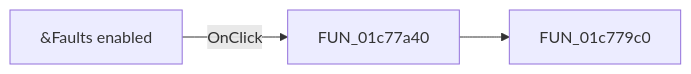
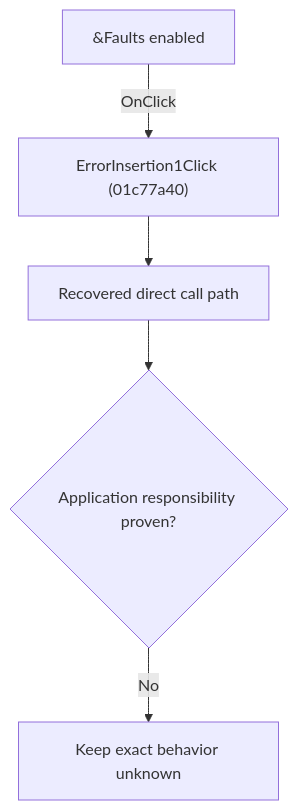
Before and after one commit to MovGP0/TIARA: the diagram in docs/ui-controls/schematiceditor/errorinsertion1-6670ae18d5.md, drawn with Mermaid. The commit also changed other lines of this file and 1062 other files, not shown here.

````diff
--- a/docs/ui-controls/schematiceditor/errorinsertion1-6670ae18d5.md
+++ b/docs/ui-controls/schematiceditor/errorinsertion1-6670ae18d5.md
@@ -27,5 +27,7 @@
 ```mermaid
-flowchart LR
-    control["&Faults enabled"] -->|OnClick| handler["FUN_01c77a40"]
-    handler --> call1["FUN_01c779c0"]
+flowchart TD
+    control["&Faults enabled"] -->|"OnClick"| handler["ErrorInsertion1Click (01c77a40)"]
+    handler --> recovered["Recovered direct call path"]
+    recovered --> gap{"Application responsibility proven?"}
+    gap -->|"No"| blocked["Keep exact behavior unknown"]
 ```
````
